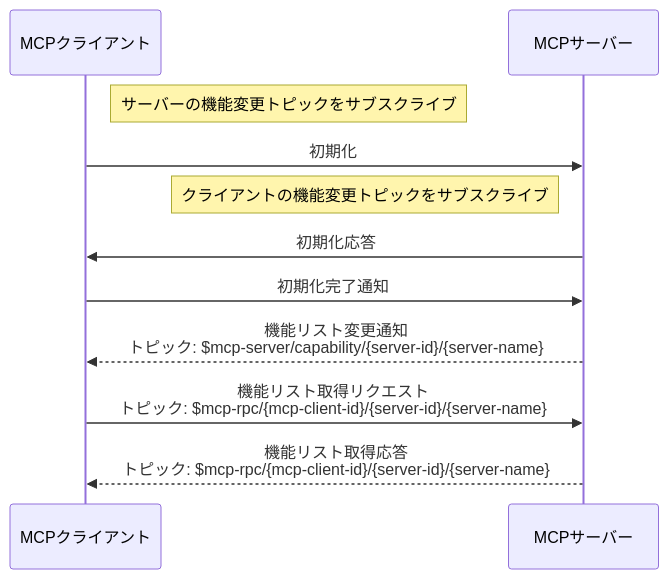
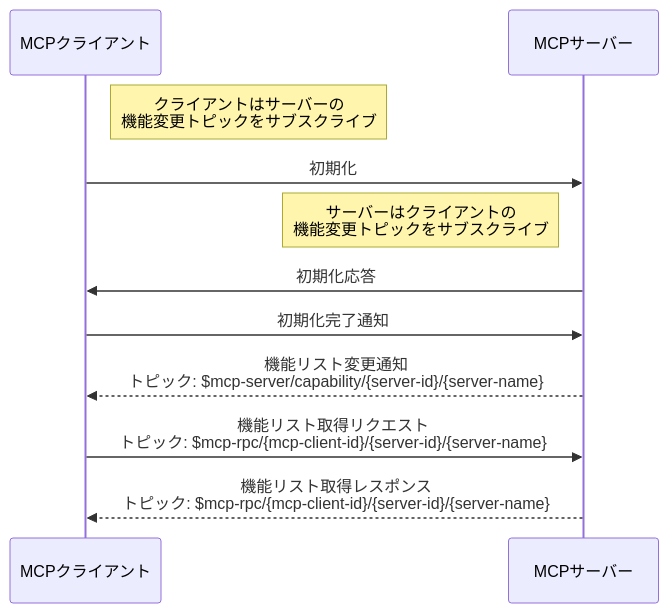
Before and after one commit to emqx/emqx-docs: the third of 4 diagrams in ja_JP/emqx-ai/mcp-over-mqtt/specification.md, drawn with Mermaid. The commit also changed other lines of this file and 75 other files, not shown here.

````diff
--- a/ja_JP/emqx-ai/mcp-over-mqtt/specification.md
+++ b/ja_JP/emqx-ai/mcp-over-mqtt/specification.md
@@ -331,18 +334,18 @@
 ```mermaid
 sequenceDiagram
     participant MCP_Client as MCPクライアント
     participant MCP_Server as MCPサーバー
 
-    Note right of MCP_Client: サーバーの機能変更トピックをサブスクライブ
+    Note right of MCP_Client: クライアントはサーバーの<br/>機能変更トピックをサブスクライブ
     MCP_Client ->> MCP_Server: 初期化
 
-    Note left of MCP_Server: クライアントの機能変更トピックをサブスクライブ
+    Note left of MCP_Server: サーバーはクライアントの<br/>機能変更トピックをサブスクライブ
     MCP_Server ->> MCP_Client: 初期化応答
     MCP_Client ->> MCP_Server: 初期化完了通知
 
     MCP_Server -->> MCP_Client: 機能リスト変更通知<br/>トピック: $mcp-server/capability/{server-id}/{server-name}
 
     MCP_Client ->> MCP_Server: 機能リスト取得リクエスト<br/>トピック: $mcp-rpc/{mcp-client-id}/{server-id}/{server-name}
 
-    MCP_Server -->> MCP_Client: 機能リスト取得応答<br/>トピック: $mcp-rpc/{mcp-client-id}/{server-id}/{server-name}
+    MCP_Server -->> MCP_Client: 機能リスト取得レスポンス<br/>トピック: $mcp-rpc/{mcp-client-id}/{server-id}/{server-name}
 ```
````
